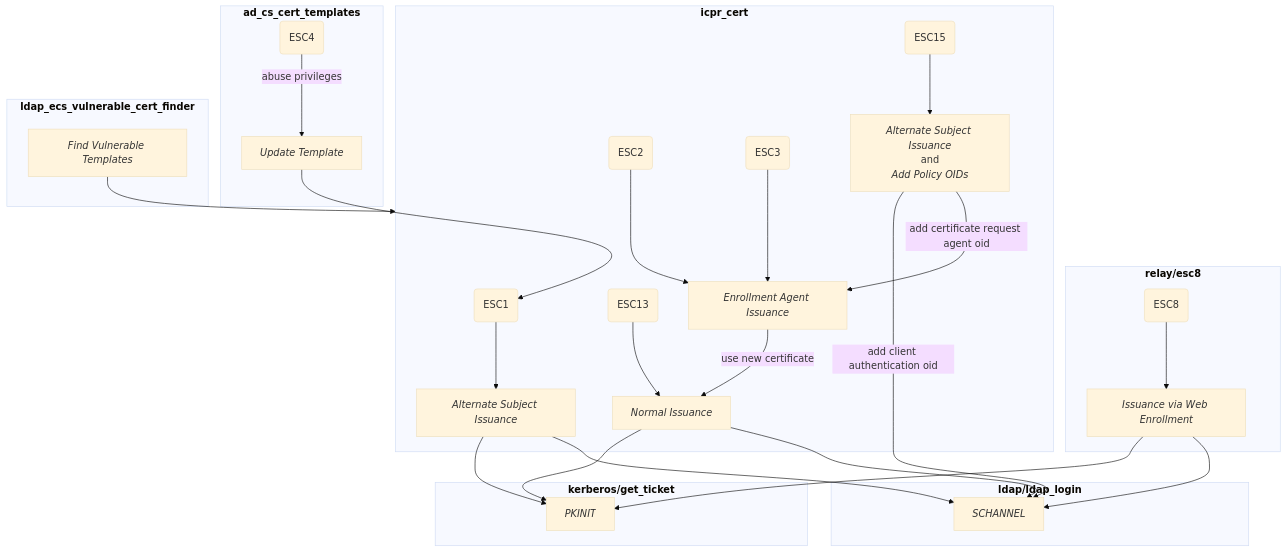
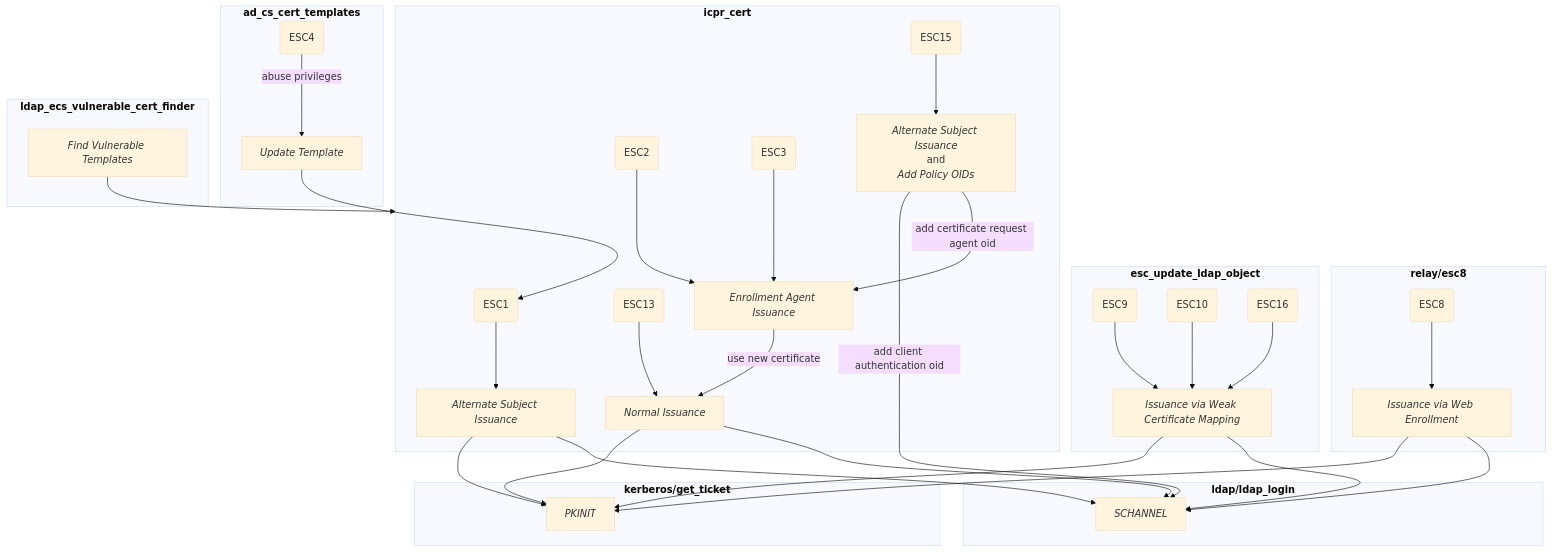
The first of 2 diagrams in docs/metasploit-framework.wiki/ad-certificates/Attacking-AD-CS-ESC-Vulnerabilities.md (rapid7/metasploit-framework), drawn with Mermaid (base theme) before and after one commit. The commit also changed other lines of this file and 7 other files, not shown here.

````diff
--- a/docs/metasploit-framework.wiki/ad-certificates/Attacking-AD-CS-ESC-Vulnerabilities.md
+++ b/docs/metasploit-framework.wiki/ad-certificates/Attacking-AD-CS-ESC-Vulnerabilities.md
@@ -6,49 +6,56 @@
 ```mermaid
 flowchart TD
     subgraph ad_cs_cert_templates[<b>ad_cs_cert_templates</b>]
         ESC4(ESC4)
         update_template[<i>Update Template</i>]
         ESC4 -- abuse privileges --> update_template
     end
     subgraph relay/esc8[<b>relay/esc8</b>]
         ESC8(ESC8)
         ESC8 --> web_enrollment[<i>Issuance via Web Enrollment</i>]
+    end
+    subgraph esc_update_ldap_object[<b>esc_update_ldap_object</b>]
+        ESC9(ESC9) --> weak_certificate_mapping[<i>Issuance via Weak Certificate Mapping</i>]
+        ESC10(ESC10) --> weak_certificate_mapping[<i>Issuance via Weak Certificate Mapping</i>]
+        ESC16(ESC16) --> weak_certificate_mapping[<i>Issuance via Weak Certificate Mapping</i>]
     end
     subgraph icpr_cert[<b>icpr_cert</b>]
         ESC1(ESC1)
         ESC2(ESC2)
         ESC3(ESC3)
         ESC13(ESC13)
         ESC15(ESC15)
         alt_subject[<i>Alternate Subject Issuance</i>]
         add_policies[<i>Alternate Subject Issuance</i><br>and<br><i>Add Policy OIDs</i>]
         as_eagent[<i>Enrollment Agent Issuance</i>]
         normal[<i>Normal Issuance</i>]
 
         ESC1 --> alt_subject
         ESC2 --> as_eagent
         ESC3 --> as_eagent
         ESC13 --> normal
         ESC15 --> add_policies
         as_eagent -- use new certificate --> normal
     end
     subgraph kerberos/get_ticket[<b>kerberos/get_ticket</b>]
         PKINIT[<i>PKINIT</i>]
     end
     subgraph ldap/ldap_login[<b>ldap/ldap_login</b>]
         SCHANNEL[<i>SCHANNEL</i>]
     end
     subgraph ldap_esc_vulnerable_cert_finder[<b>ldap_ecs_vulnerable_cert_finder</b>]
         find_vulnerable_templates[<i>Find Vulnerable Templates</i>]
     end
     add_policies -- add client authentication oid --> SCHANNEL
     add_policies -- add certificate request agent oid --> as_eagent
     alt_subject --> PKINIT
     alt_subject --> SCHANNEL
     find_vulnerable_templates --> icpr_cert
     normal --> PKINIT
     normal --> SCHANNEL
     update_template --> ESC1
     web_enrollment --> PKINIT
     web_enrollment --> SCHANNEL
+    weak_certificate_mapping --> PKINIT
+    weak_certificate_mapping --> SCHANNEL
 ```
````
